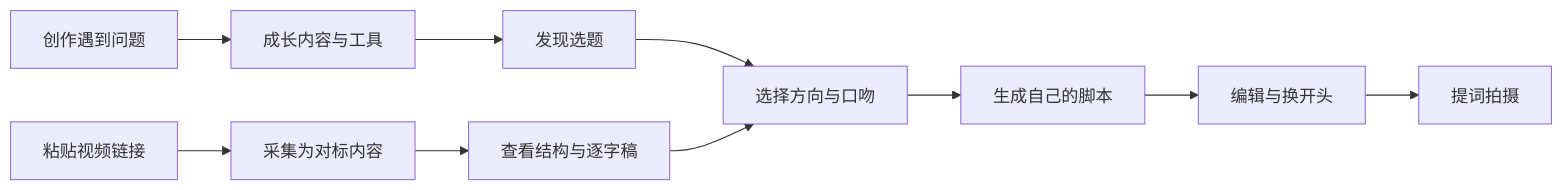
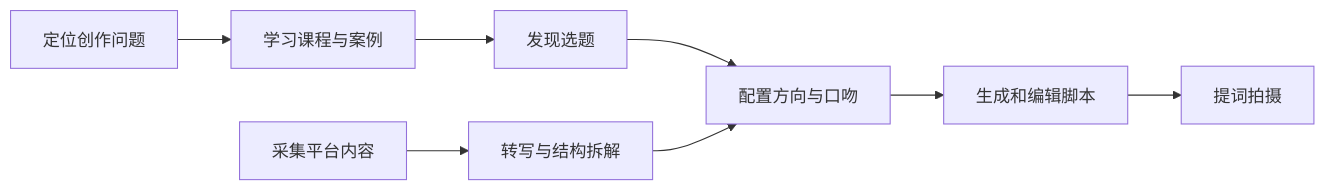
One commit to zhanglongfeng27101797/yayaxingqiu changed the diagram in README.md. Above: the diagram before and after it, drawn with Mermaid. The commit also changed other lines of this file and 60 other files, not shown here.

````diff
--- a/README.md
+++ b/README.md
@@ -21,12 +9,6 @@
 ```mermaid
 flowchart LR
-    A[发现选题] --> B[选择方向与口吻]
-    B --> C[生成自己的脚本]
-    C --> D[编辑与换开头]
-    D --> E[提词拍摄]
-    F[粘贴视频链接] --> G[采集为对标内容]
-    G --> H[查看结构与逐字稿]
-    H --> B
-    I[创作遇到问题] --> J[成长内容与工具]
-    J --> A
+    A[发现选题] --> B[配置方向与口吻] --> C[生成和编辑脚本] --> D[提词拍摄]
+    E[采集平台内容] --> F[转写与结构拆解] --> B
+    G[定位创作问题] --> H[学习课程与案例] --> A
 ```
````
